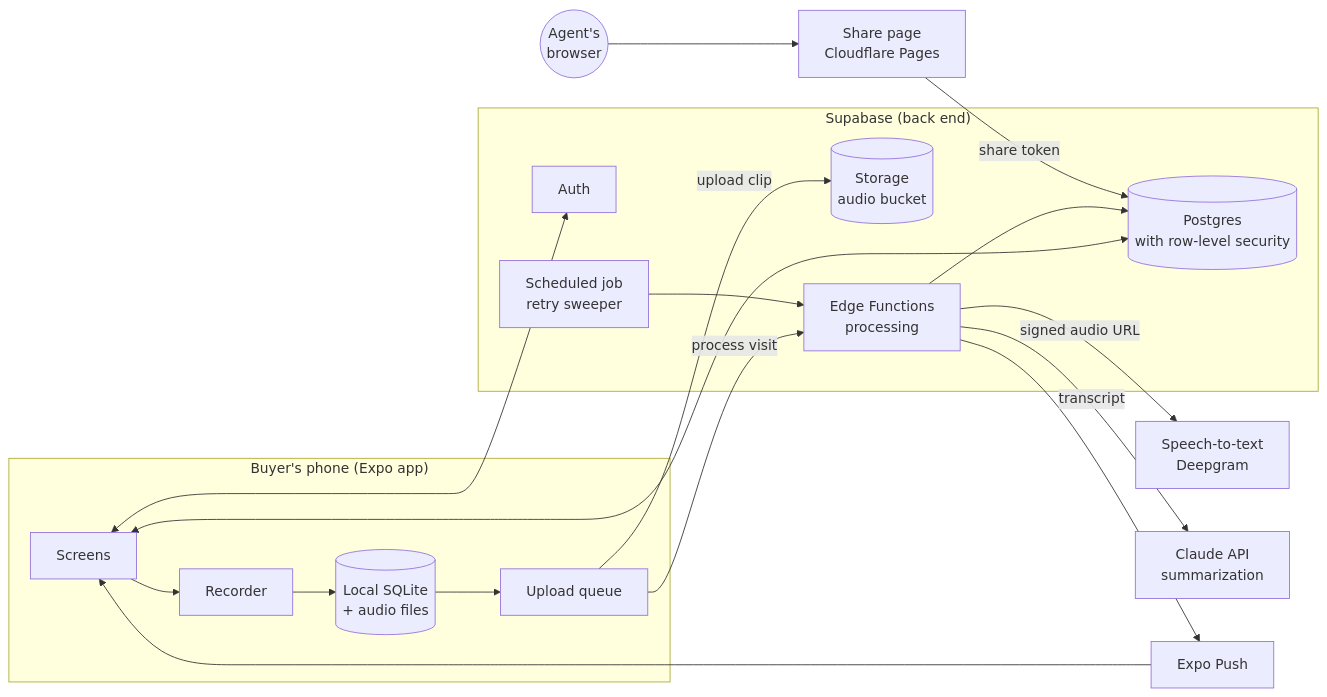
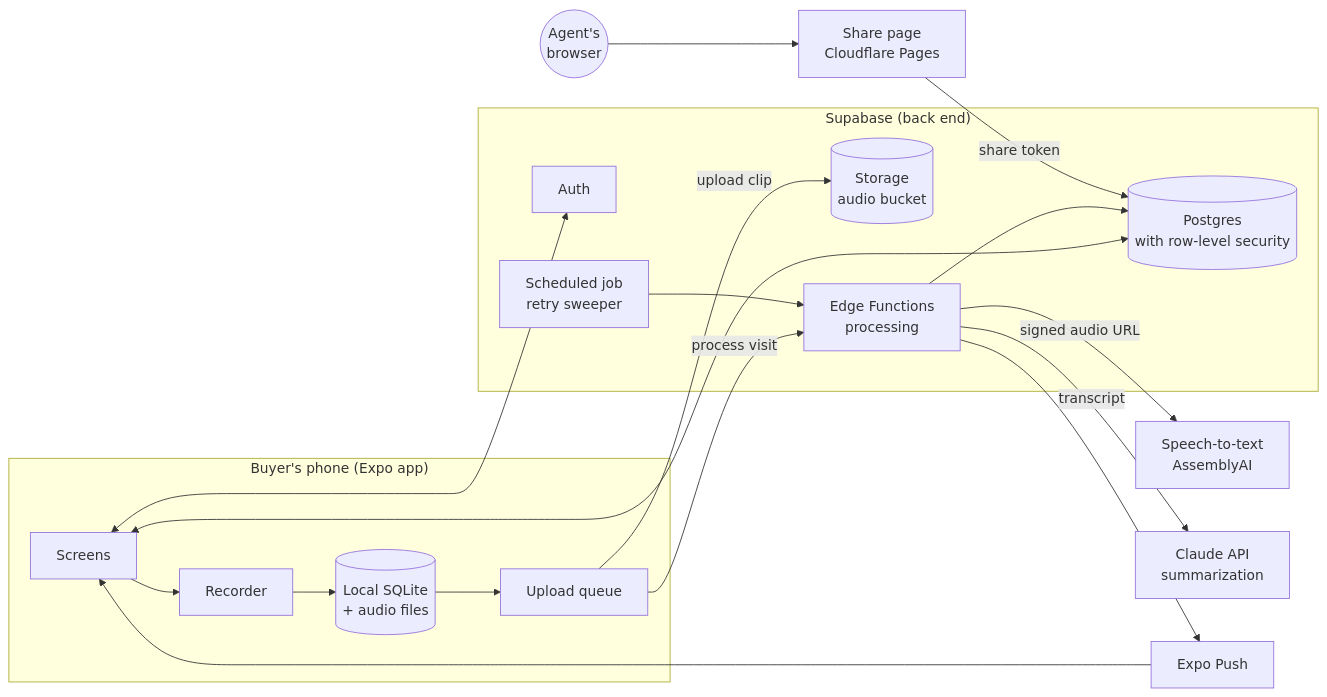
The first of 2 diagrams in README.md (shawlu95/nexx_tour_intelligence), drawn with Mermaid before and after one commit. The commit also changed other lines of this file and 10 other files, not shown here.

First line of the commit message:
Transcribe with AssemblyAI for English, Chinese, and mixed speech

````diff
--- a/README.md
+++ b/README.md
@@ -106,35 +106,35 @@
 ```mermaid
 flowchart LR
   subgraph Phone["Buyer's phone (Expo app)"]
     UI[Screens]
     REC[Recorder]
     LDB[(Local SQLite<br/>+ audio files)]
     Q[Upload queue]
   end
 
   subgraph Supabase["Supabase (back end)"]
     AUTH[Auth]
     DB[(Postgres<br/>with row-level security)]
     ST[(Storage<br/>audio bucket)]
     FN[Edge Functions<br/>processing]
     CRON[Scheduled job<br/>retry sweeper]
   end
 
-  STT[Speech-to-text<br/>Deepgram]
+  STT[Speech-to-text<br/>AssemblyAI]
   LLM[Claude API<br/>summarization]
   PUSH[Expo Push]
   WEB[Share page<br/>Cloudflare Pages]
   AGENT((Agent's<br/>browser))
 
   UI --> REC --> LDB --> Q
   Q -- upload clip --> ST
   Q -- "process visit" --> FN
   UI <--> AUTH
   UI <--> DB
   FN -- signed audio URL --> STT
   FN -- transcript --> LLM
   FN --> DB
   FN --> PUSH --> UI
   CRON --> FN
   AGENT --> WEB -- share token --> DB
 ```
````
